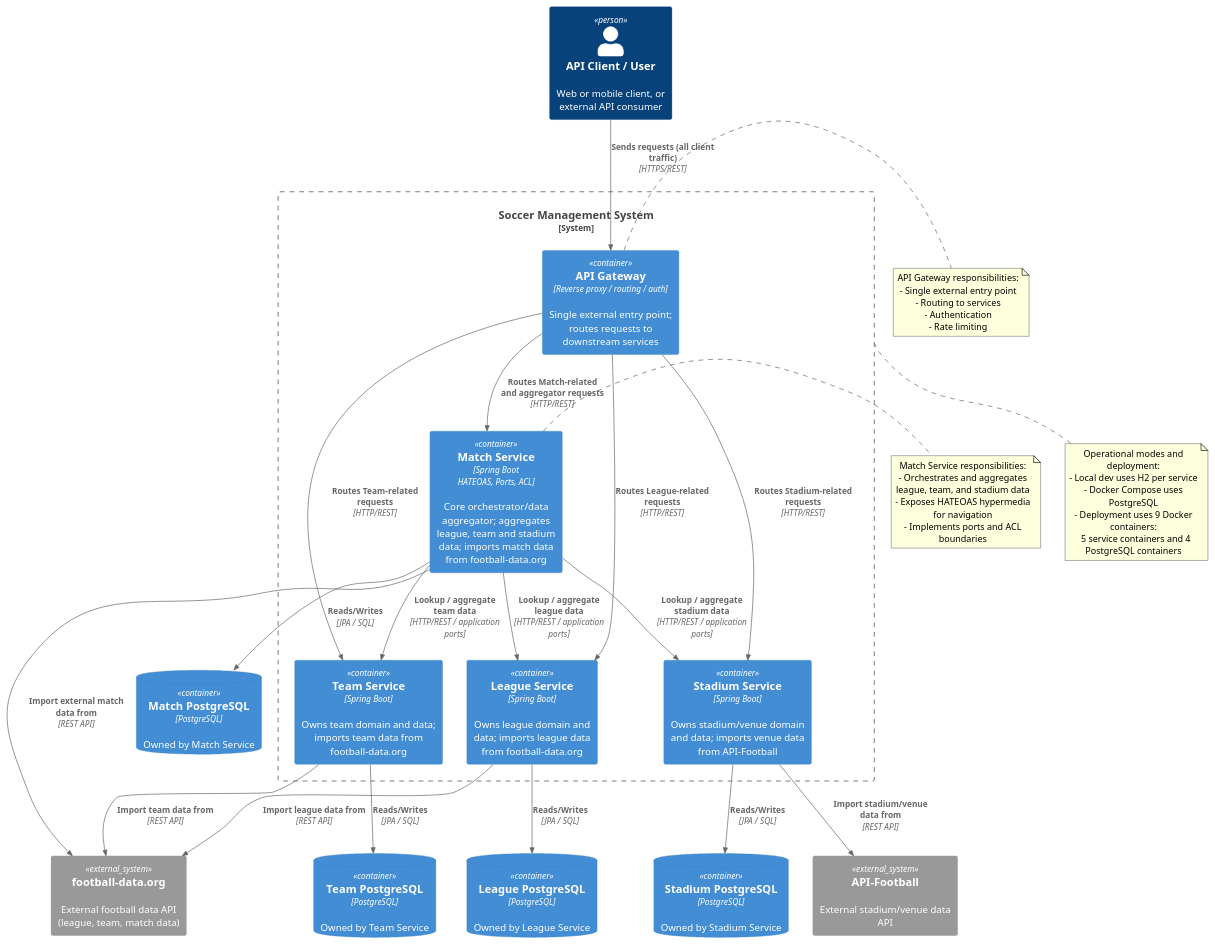
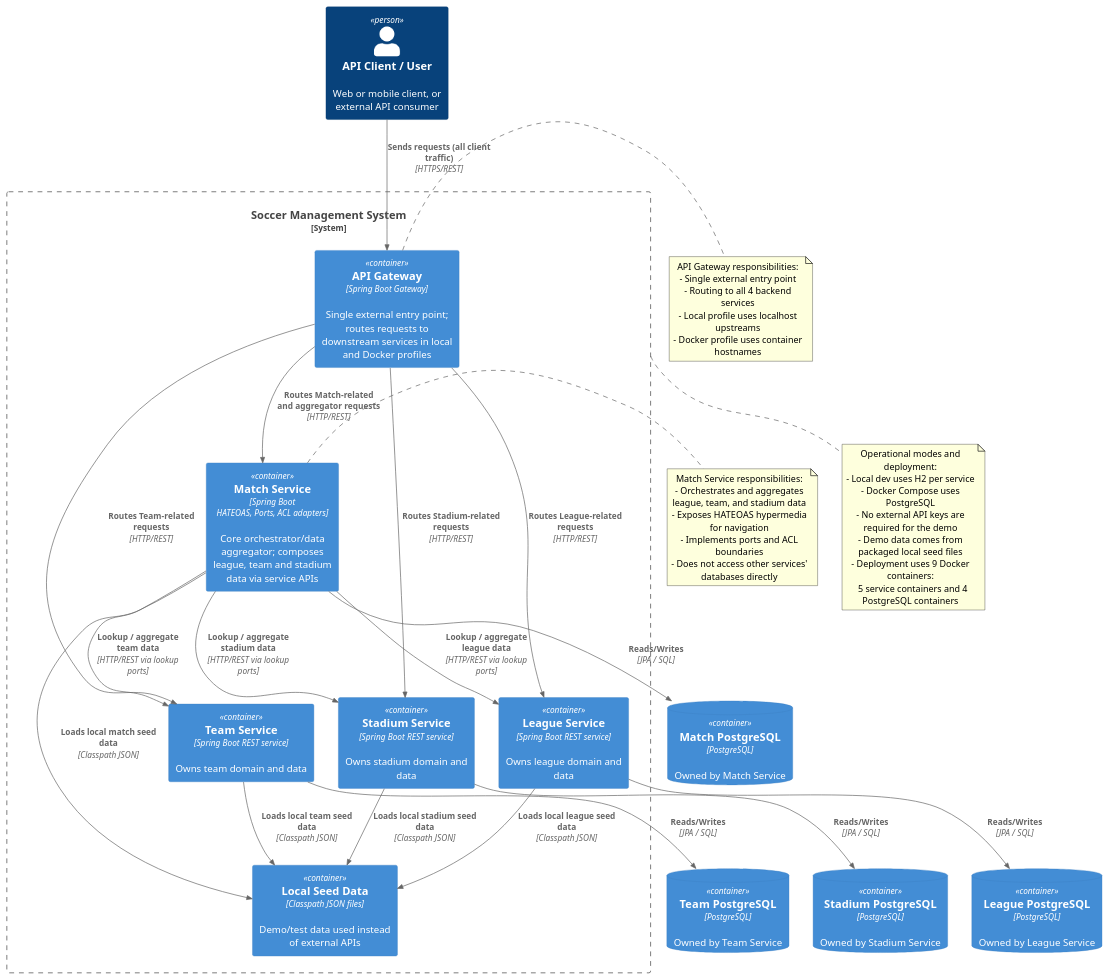
One commit to AarushP06/soccer-management-system changed the diagram in Documents/diagrams/c4-level2-container.puml. Above: the diagram before and after it, drawn with PlantUML. The commit also changed 3 other files, not shown here.

Commit message:
Changed system context and container.

```diff
--- a/Documents/diagrams/c4-level2-container.puml
+++ b/Documents/diagrams/c4-level2-container.puml
@@ -1,65 +1,66 @@
 @startuml
 !includeurl https://raw.githubusercontent.com/plantuml-stdlib/C4-PlantUML/master/C4_Container.puml
 
 Person(apiUser, "API Client / User", "Web or mobile client, or external API consumer")
 
 System_Boundary(soccer, "Soccer Management System") {
-  Container(apiGateway, "API Gateway", "Reverse proxy / routing / auth", "Single external entry point; routes requests to downstream services")
-  Container(matchSvc, "Match Service", "Spring Boot\nHATEOAS, Ports, ACL", "Core orchestrator/data aggregator; aggregates league, team and stadium data; imports match data from football-data.org")
-  Container(leagueSvc, "League Service", "Spring Boot", "Owns league domain and data; imports league data from football-data.org")
-  Container(teamSvc, "Team Service", "Spring Boot", "Owns team domain and data; imports team data from football-data.org")
-  Container(stadiumSvc, "Stadium Service", "Spring Boot", "Owns stadium/venue domain and data; imports venue data from API-Football")
+  Container(apiGateway, "API Gateway", "Spring Boot Gateway", "Single external entry point; routes requests to downstream services in local and Docker profiles")
+  Container(matchSvc, "Match Service", "Spring Boot\nHATEOAS, Ports, ACL adapters", "Core orchestrator/data aggregator; composes league, team and stadium data via service APIs")
+  Container(leagueSvc, "League Service", "Spring Boot REST service", "Owns league domain and data")
+  Container(teamSvc, "Team Service", "Spring Boot REST service", "Owns team domain and data")
+  Container(stadiumSvc, "Stadium Service", "Spring Boot REST service", "Owns stadium domain and data")
+  Container(seedData, "Local Seed Data", "Classpath JSON files", "Demo/test data used instead of external APIs")
 }
 
 ContainerDb(matchDb, "Match PostgreSQL", "PostgreSQL", "Owned by Match Service")
 ContainerDb(leagueDb, "League PostgreSQL", "PostgreSQL", "Owned by League Service")
 ContainerDb(teamDb, "Team PostgreSQL", "PostgreSQL", "Owned by Team Service")
 ContainerDb(stadiumDb, "Stadium PostgreSQL", "PostgreSQL", "Owned by Stadium Service")
 
-System_Ext(fd_org, "football-data.org", "External football data API (league, team, match data)")
-System_Ext(api_football, "API-Football", "External stadium/venue data API")
-
 Rel(apiUser, apiGateway, "Sends requests (all client traffic)", "HTTPS/REST")
 Rel(apiGateway, matchSvc, "Routes Match-related and aggregator requests", "HTTP/REST")
 Rel(apiGateway, leagueSvc, "Routes League-related requests", "HTTP/REST")
 Rel(apiGateway, teamSvc, "Routes Team-related requests", "HTTP/REST")
 Rel(apiGateway, stadiumSvc, "Routes Stadium-related requests", "HTTP/REST")
 
-Rel(matchSvc, leagueSvc, "Lookup / aggregate league data", "HTTP/REST / application ports")
-Rel(matchSvc, teamSvc, "Lookup / aggregate team data", "HTTP/REST / application ports")
-Rel(matchSvc, stadiumSvc, "Lookup / aggregate stadium data", "HTTP/REST / application ports")
+Rel(matchSvc, leagueSvc, "Lookup / aggregate league data", "HTTP/REST via lookup ports")
+Rel(matchSvc, teamSvc, "Lookup / aggregate team data", "HTTP/REST via lookup ports")
+Rel(matchSvc, stadiumSvc, "Lookup / aggregate stadium data", "HTTP/REST via lookup ports")
 
-Rel(matchSvc, fd_org, "Import external match data from", "REST API")
-Rel(leagueSvc, fd_org, "Import league data from", "REST API")
-Rel(teamSvc, fd_org, "Import team data from", "REST API")
-Rel(stadiumSvc, api_football, "Import stadium/venue data from", "REST API")
+Rel(matchSvc, seedData, "Loads local match seed data", "Classpath JSON")
+Rel(leagueSvc, seedData, "Loads local league seed data", "Classpath JSON")
+Rel(teamSvc, seedData, "Loads local team seed data", "Classpath JSON")
+Rel(stadiumSvc, seedData, "Loads local stadium seed data", "Classpath JSON")
 
 Rel(matchSvc, matchDb, "Reads/Writes", "JPA / SQL")
 Rel(leagueSvc, leagueDb, "Reads/Writes", "JPA / SQL")
 Rel(teamSvc, teamDb, "Reads/Writes", "JPA / SQL")
 Rel(stadiumSvc, stadiumDb, "Reads/Writes", "JPA / SQL")
 
 note right of apiGateway
 API Gateway responsibilities:
 - Single external entry point
-- Routing to services
-- Authentication
-- Rate limiting
+- Routing to all 4 backend services
+- Local profile uses localhost upstreams
+- Docker profile uses container hostnames
 end note
 
 note right of matchSvc
 Match Service responsibilities:
 - Orchestrates and aggregates league, team, and stadium data
 - Exposes HATEOAS hypermedia for navigation
 - Implements ports and ACL boundaries
+- Does not access other services' databases directly
 end note
 
 note bottom of soccer
 Operational modes and deployment:
 - Local dev uses H2 per service
 - Docker Compose uses PostgreSQL
+- No external API keys are required for the demo
+- Demo data comes from packaged local seed files
 - Deployment uses 9 Docker containers:
   5 service containers and 4 PostgreSQL containers
 end note
 
 @enduml
```
